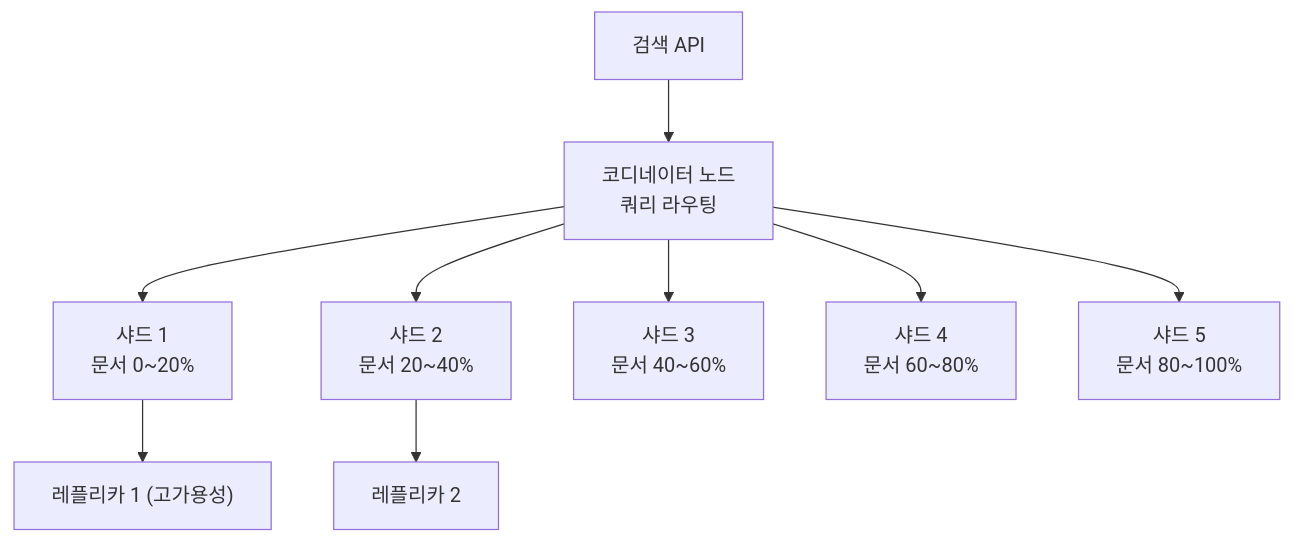
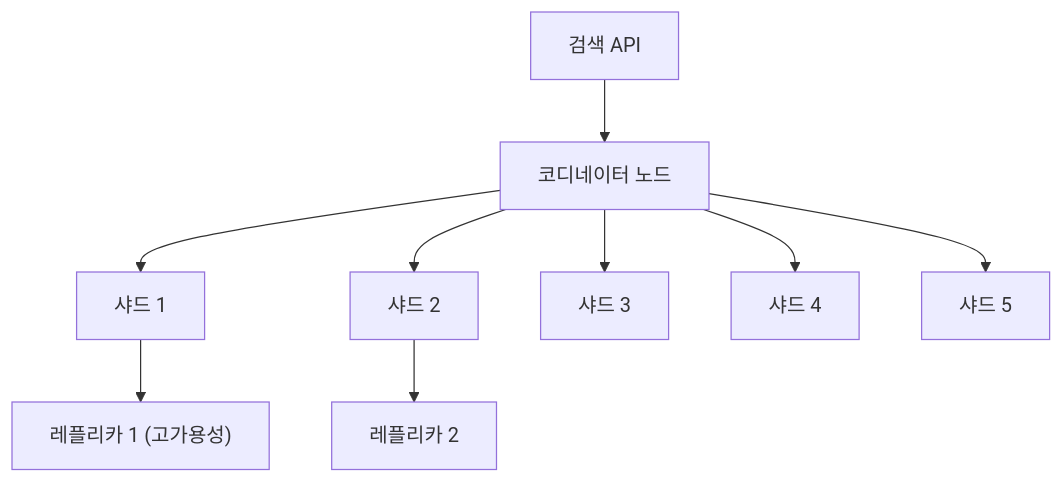
The third of 5 diagrams in _posts/systemdesign/2026-05-02-system-design-search.md (yjkim2015/yjkim2015.github.io), drawn with Mermaid before and after one commit. The commit also changed other lines of this file and 217 other files, not shown here.

First line of the commit message:
Mermaid 크기 수정: useMaxWidth:true + SVG max-width:100% + 라벨 축소

````diff
--- a/_posts/systemdesign/2026-05-02-system-design-search.md
+++ b/_posts/systemdesign/2026-05-02-system-design-search.md
@@ -221,11 +221,11 @@
 ```mermaid
 graph TD
-    Client["검색 API"] --> Coord["코디네이터 노드\n쿼리 라우팅"]
-    Coord --> S1["샤드 1\n문서 0~20%"]
-    Coord --> S2["샤드 2\n문서 20~40%"]
-    Coord --> S3["샤드 3\n문서 40~60%"]
-    Coord --> S4["샤드 4\n문서 60~80%"]
-    Coord --> S5["샤드 5\n문서 80~100%"]
+    Client["검색 API"] --> Coord["코디네이터 노드"]
+    Coord --> S1["샤드 1"]
+    Coord --> S2["샤드 2"]
+    Coord --> S3["샤드 3"]
+    Coord --> S4["샤드 4"]
+    Coord --> S5["샤드 5"]
     S1 --> R1["레플리카 1 (고가용성)"]
     S2 --> R2["레플리카 2"]
 ```
````
